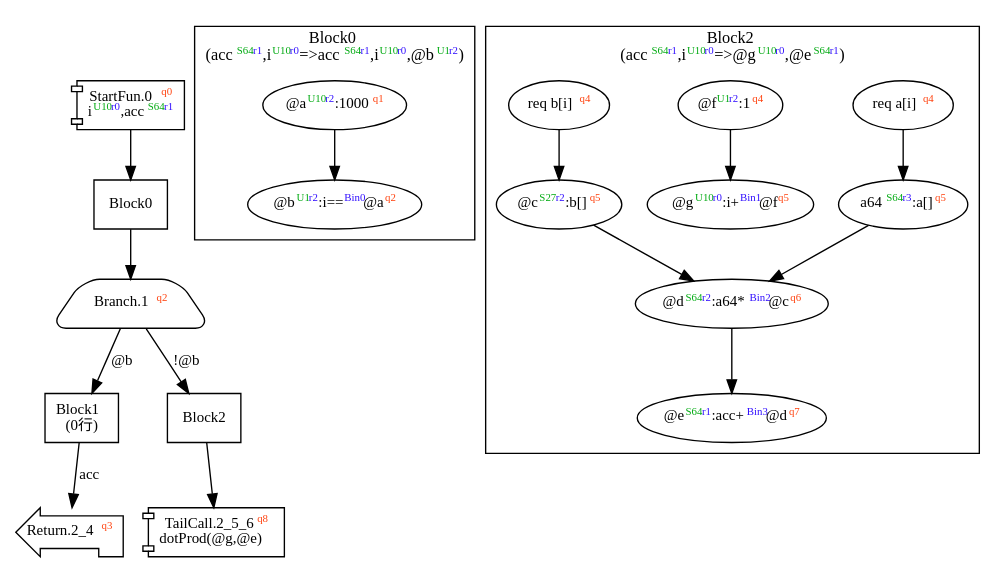
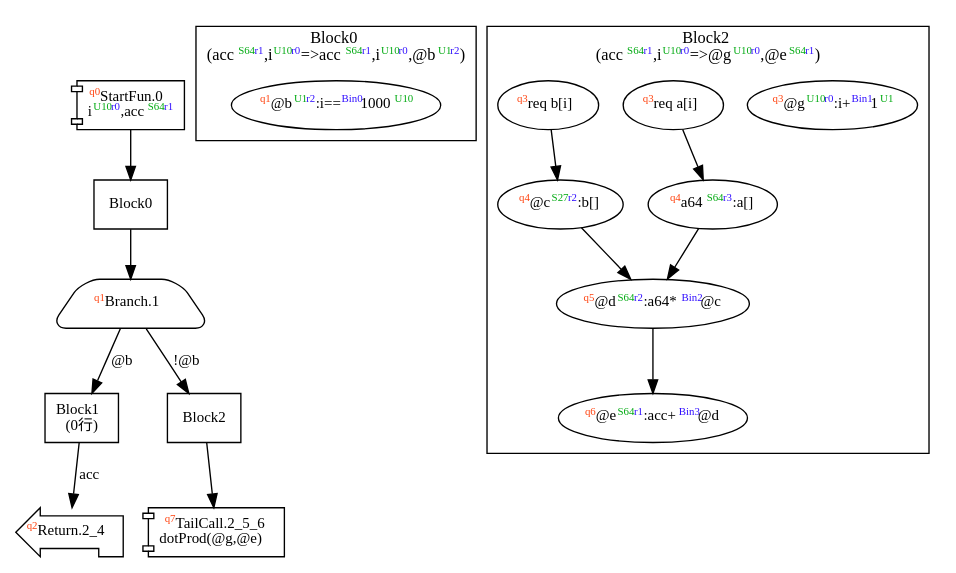
One commit to akouryy/SyntheScala changed the diagram in dist/dotProd.dot. Above: the diagram before and after it, drawn with Graphviz. The commit also changed 34 other files, not shown here.

```diff
--- a/dist/dotProd.dot
+++ b/dist/dotProd.dot
@@ -1,46 +1,42 @@
 digraph Program_ {
   graph [fontname = "Monaco", fontsize = 12, ranksep = 0.5];
   node [shape = box, fontname = "Monaco", fontsize = 11; colorscheme = pastel19];
   edge [fontname = "Monaco", fontsize = 11; colorscheme = pastel19];
-  Jump0[label = <StartFun.0<font color="#ff4411" point-size="8"><sup>q0</sup></font><br/>i<font color="#00aa11" point-size="8"><sup>U10</sup></font><font color="#3311ff" point-size="8"><sup>r0</sup></font>,acc<font color="#00aa11" point-size="8"><sup>S64</sup></font><font color="#3311ff" point-size="8"><sup>r1</sup></font>>; shape = component];
+  Jump0[label = <<font color="#ff4411" point-size="8"><sup>q0</sup></font>StartFun.0<br/>i<font color="#00aa11" point-size="8"><sup>U10</sup></font><font color="#3311ff" point-size="8"><sup>r0</sup></font>,acc<font color="#00aa11" point-size="8"><sup>S64</sup></font><font color="#3311ff" point-size="8"><sup>r1</sup></font>>; shape = component];
   Jump0 -> Block0;
   Jump1[
-    label = <Branch.1<font color="#ff4411" point-size="8"><sup>q2</sup></font>>;
+    label = <<font color="#ff4411" point-size="8"><sup>q1</sup></font>Branch.1>;
     shape = trapezium; style = rounded;
   ];
   Block0 -> Jump1;
   Jump1 -> Block1 [label="@b"];
   Jump1 -> Block2 [label="!@b"];
-  Jump2_4[label = <Return.2_4<font color="#ff4411" point-size="8"><sup>q3</sup></font>>; shape = lpromoter];
+  Jump2_4[label = <<font color="#ff4411" point-size="8"><sup>q2</sup></font>Return.2_4>; shape = lpromoter];
   Block1 -> Jump2_4 [label="acc"];
-  Jump2_5_6[label = <TailCall.2_5_6<font color="#ff4411" point-size="8"><sup>q8</sup></font><br/>dotProd(@g,@e)>; shape = component];
+  Jump2_5_6[label = <<font color="#ff4411" point-size="8"><sup>q7</sup></font>TailCall.2_5_6<br/>dotProd(@g,@e)>; shape = component];
   Block2 -> Jump2_5_6;
   Block0 [label = "Block0"];
   Block1 [label = "Block1\l(0行)"];
   Block2 [label = "Block2"];
   subgraph cluster_dfg_Block0 {
     node [shape = oval];
     label = <Block0<br/>(acc<font color="#00aa11" point-size="8"><sup>S64</sup></font><font color="#3311ff" point-size="8"><sup>r1</sup></font>,i<font color="#00aa11" point-size="8"><sup>U10</sup></font><font color="#3311ff" point-size="8"><sup>r0</sup></font>=&gt;acc<font color="#00aa11" point-size="8"><sup>S64</sup></font><font color="#3311ff" point-size="8"><sup>r1</sup></font>,i<font color="#00aa11" point-size="8"><sup>U10</sup></font><font color="#3311ff" point-size="8"><sup>r0</sup></font>,@b<font color="#00aa11" point-size="8"><sup>U1</sup></font><font color="#3311ff" point-size="8"><sup>r2</sup></font>)>;
-    0 [label=<@a<font color="#00aa11" point-size="8"><sup>U10</sup></font><font color="#3311ff" point-size="8"><sup>r2</sup></font>:1000<font color="#ff4411" point-size="8"><sup>q1</sup></font>>];
-    1 [label=<@b<font color="#00aa11" point-size="8"><sup>U1</sup></font><font color="#3311ff" point-size="8"><sup>r2</sup></font>:i==<font color="#3311ff" point-size="8"><sup>Bin0</sup></font>@a<font color="#ff4411" point-size="8"><sup>q2</sup></font>>];
-    0 -> 1;
+    1 [label=<<font color="#ff4411" point-size="8"><sup>q1</sup></font>@b<font color="#00aa11" point-size="8"><sup>U1</sup></font><font color="#3311ff" point-size="8"><sup>r2</sup></font>:i==<font color="#3311ff" point-size="8"><sup>Bin0</sup></font>1000<font color="#00aa11" point-size="8"><sup>U10</sup></font>>];
   }
   subgraph cluster_dfg_Block2 {
     node [shape = oval];
     label = <Block2<br/>(acc<font color="#00aa11" point-size="8"><sup>S64</sup></font><font color="#3311ff" point-size="8"><sup>r1</sup></font>,i<font color="#00aa11" point-size="8"><sup>U10</sup></font><font color="#3311ff" point-size="8"><sup>r0</sup></font>=&gt;@g<font color="#00aa11" point-size="8"><sup>U10</sup></font><font color="#3311ff" point-size="8"><sup>r0</sup></font>,@e<font color="#00aa11" point-size="8"><sup>S64</sup></font><font color="#3311ff" point-size="8"><sup>r1</sup></font>)>;
-    5 [label=<@c<font color="#00aa11" point-size="8"><sup>S27</sup></font><font color="#3311ff" point-size="8"><sup>r2</sup></font>:b[]<font color="#ff4411" point-size="8"><sup>q5</sup></font>>];
-    6 [label=<@d<font color="#00aa11" point-size="8"><sup>S64</sup></font><font color="#3311ff" point-size="8"><sup>r2</sup></font>:a64*<font color="#3311ff" point-size="8"><sup>Bin2</sup></font>@c<font color="#ff4411" point-size="8"><sup>q6</sup></font>>];
-    9 [label=<@g<font color="#00aa11" point-size="8"><sup>U10</sup></font><font color="#3311ff" point-size="8"><sup>r0</sup></font>:i+<font color="#3311ff" point-size="8"><sup>Bin1</sup></font>@f<font color="#ff4411" point-size="8"><sup>q5</sup></font>>];
-    2 [label=<req a[i]<font color="#ff4411" point-size="8"><sup>q4</sup></font>>];
-    7 [label=<@e<font color="#00aa11" point-size="8"><sup>S64</sup></font><font color="#3311ff" point-size="8"><sup>r1</sup></font>:acc+<font color="#3311ff" point-size="8"><sup>Bin3</sup></font>@d<font color="#ff4411" point-size="8"><sup>q7</sup></font>>];
-    3 [label=<a64<font color="#00aa11" point-size="8"><sup>S64</sup></font><font color="#3311ff" point-size="8"><sup>r3</sup></font>:a[]<font color="#ff4411" point-size="8"><sup>q5</sup></font>>];
-    8 [label=<@f<font color="#00aa11" point-size="8"><sup>U1</sup></font><font color="#3311ff" point-size="8"><sup>r2</sup></font>:1<font color="#ff4411" point-size="8"><sup>q4</sup></font>>];
-    4 [label=<req b[i]<font color="#ff4411" point-size="8"><sup>q4</sup></font>>];
+    5 [label=<<font color="#ff4411" point-size="8"><sup>q4</sup></font>@c<font color="#00aa11" point-size="8"><sup>S27</sup></font><font color="#3311ff" point-size="8"><sup>r2</sup></font>:b[]>];
+    6 [label=<<font color="#ff4411" point-size="8"><sup>q5</sup></font>@d<font color="#00aa11" point-size="8"><sup>S64</sup></font><font color="#3311ff" point-size="8"><sup>r2</sup></font>:a64*<font color="#3311ff" point-size="8"><sup>Bin2</sup></font>@c>];
+    9 [label=<<font color="#ff4411" point-size="8"><sup>q3</sup></font>@g<font color="#00aa11" point-size="8"><sup>U10</sup></font><font color="#3311ff" point-size="8"><sup>r0</sup></font>:i+<font color="#3311ff" point-size="8"><sup>Bin1</sup></font>1<font color="#00aa11" point-size="8"><sup>U1</sup></font>>];
+    2 [label=<<font color="#ff4411" point-size="8"><sup>q3</sup></font>req a[i]>];
+    7 [label=<<font color="#ff4411" point-size="8"><sup>q6</sup></font>@e<font color="#00aa11" point-size="8"><sup>S64</sup></font><font color="#3311ff" point-size="8"><sup>r1</sup></font>:acc+<font color="#3311ff" point-size="8"><sup>Bin3</sup></font>@d>];
+    3 [label=<<font color="#ff4411" point-size="8"><sup>q4</sup></font>a64<font color="#00aa11" point-size="8"><sup>S64</sup></font><font color="#3311ff" point-size="8"><sup>r3</sup></font>:a[]>];
+    4 [label=<<font color="#ff4411" point-size="8"><sup>q3</sup></font>req b[i]>];
     3 -> 6;
     5 -> 6;
     6 -> 7;
-    8 -> 9;
     2 -> 3 [style = solid];
     4 -> 5 [style = solid];
   }
 }
```
